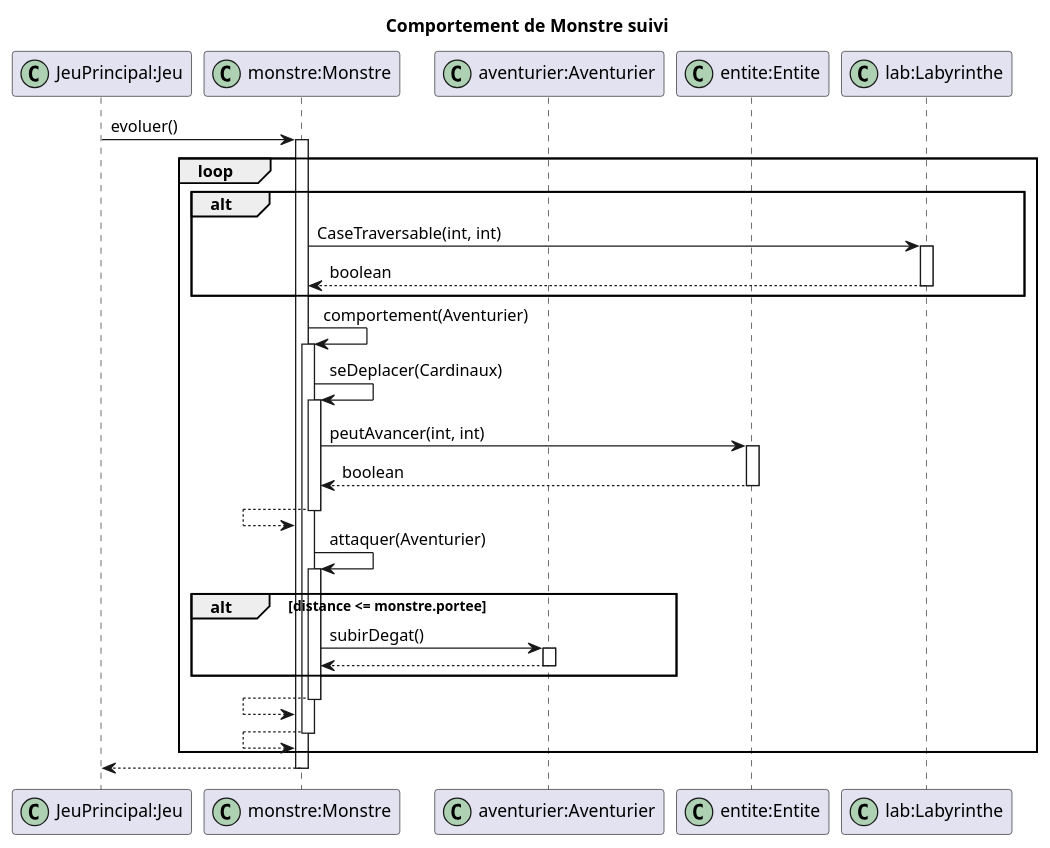
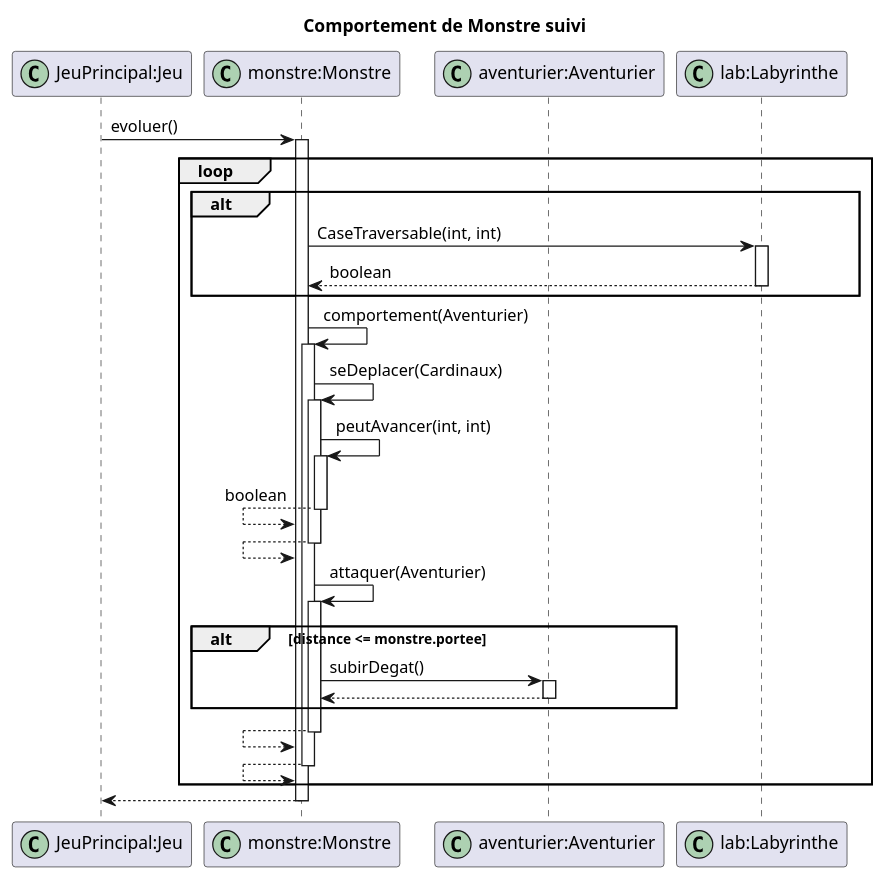
Before and after one commit to LoickNosal/2019_COO_Zeldiablo_Nosal9u_Demang146u_Sousa12u_Gsell5u: the diagram in documents/version_06/diagramme_sequence/ComportementMonstreSuivi.wsd, drawn with PlantUML. The commit also changed 6 other files, not shown here.

Commit message:
Modif diagramme de séquence

```diff
--- a/documents/version_06/diagramme_sequence/ComportementMonstreSuivi.wsd
+++ b/documents/version_06/diagramme_sequence/ComportementMonstreSuivi.wsd
@@ -1,45 +1,44 @@
 @startuml 
 title Comportement de Monstre suivi
 participant "JeuPrincipal:Jeu" as jeu << (C,#ADD1B2) >>
 participant "monstre:Monstre" as monstre << (C,#ADD1B2) >>
 participant "aventurier:Aventurier" as aventurier << (C,#ADD1B2) >>
-participant "entite:Entite" as entite << (C,#ADD1B2) >>
 participant "lab:Labyrinthe" as lab << (C,#ADD1B2) >>
 
 jeu -> monstre : evoluer()
 loop
 activate monstre
 alt
 monstre -> lab: CaseTraversable(int, int)
 activate lab
 monstre <-- lab : boolean
 deactivate lab
 end
 monstre -> monstre: comportement(Aventurier)
 activate monstre
 monstre -> monstre: seDeplacer(Cardinaux)
 activate monstre
-monstre -> entite: peutAvancer(int, int)
-activate entite
-monstre <-- entite : boolean
-deactivate entite
+monstre -> monstre: peutAvancer(int, int)
+activate monstre
+monstre <-- monstre : boolean
+deactivate monstre
 monstre <-- monstre 
 deactivate monstre
 monstre -> monstre: attaquer(Aventurier)
 activate monstre
 alt distance <= monstre.portee
 monstre -> aventurier: subirDegat()
 activate aventurier
 monstre <-- aventurier
 deactivate aventurier
 end
 monstre <-- monstre
 deactivate monstre
 monstre <-- monstre
 deactivate monstre
 end
 jeu <-- monstre
 deactivate monstre
 
 
 @enduml
```
